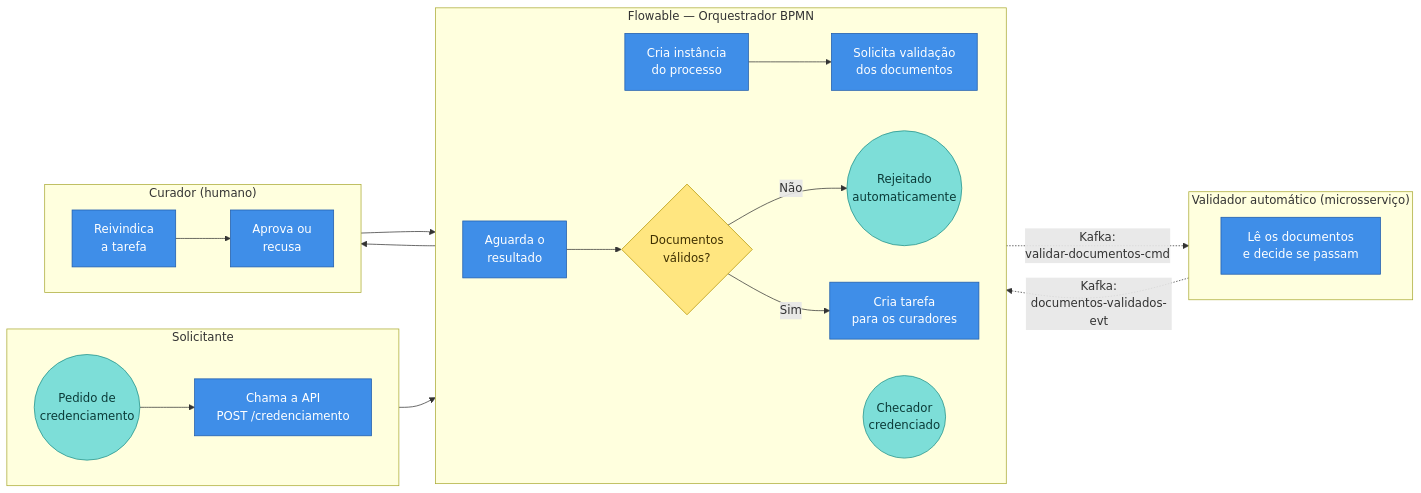
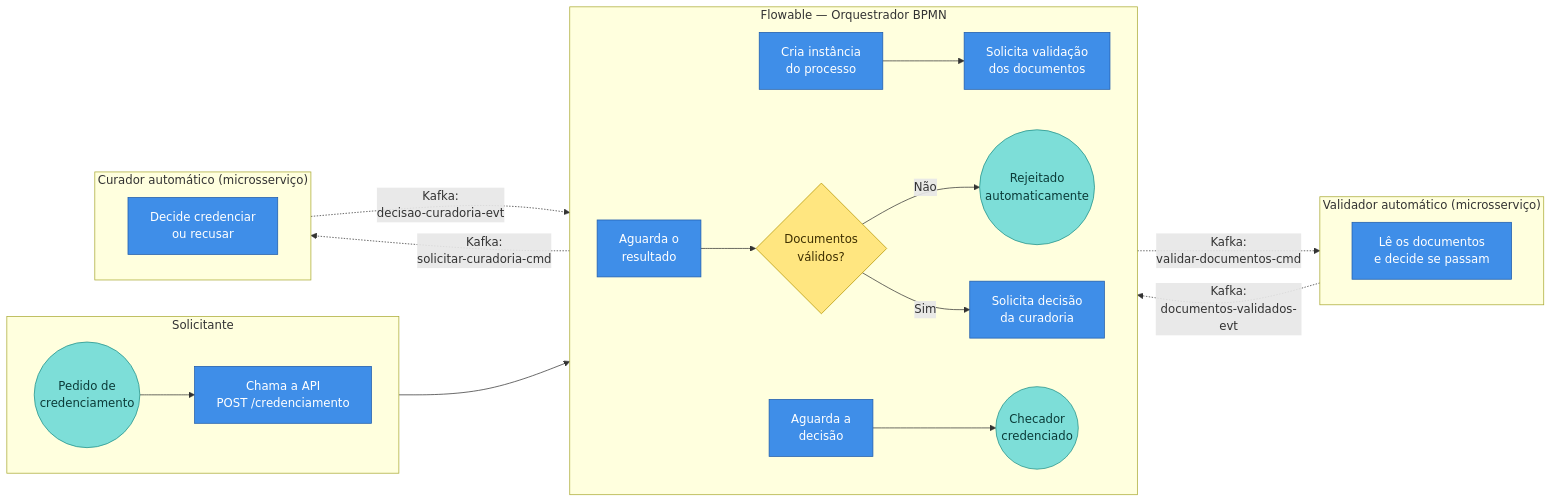
The diagram in FLUXO.md (Fernando-EngComputacao/daurora-action-first), drawn with Mermaid before and after one commit. The commit also changed other lines of this file and 13 other files, not shown here.

````diff
--- a/FLUXO.md
+++ b/FLUXO.md
@@ -5,41 +5,44 @@
 ```mermaid
 flowchart LR
     classDef inicio  fill:#7DDED8,stroke:#1F8E86,color:#0B3B38,stroke-width:1px
     classDef passo   fill:#3F8EE8,stroke:#1F5BAA,color:#FFFFFF,stroke-width:1px
     classDef decisao fill:#FFE680,stroke:#B49500,color:#3F3000,stroke-width:1px
 
     subgraph L1["Solicitante"]
         direction LR
         A((Pedido de<br/>credenciamento)):::inicio
         B[Chama a API<br/>POST /credenciamento]:::passo
     end
 
     subgraph L2["Flowable — Orquestrador BPMN"]
         direction LR
         C[Cria instância<br/>do processo]:::passo
         D[Solicita validação<br/>dos documentos]:::passo
         E[Aguarda o<br/>resultado]:::passo
         F{Documentos<br/>válidos?}:::decisao
-        G[Cria tarefa<br/>para os curadores]:::passo
+        G[Solicita decisão<br/>da curadoria]:::passo
+        M[Aguarda a<br/>decisão]:::passo
         H((Checador<br/>credenciado)):::inicio
         I((Rejeitado<br/>automaticamente)):::inicio
     end
 
     subgraph L3["Validador automático (microsserviço)"]
         direction LR
         J[Lê os documentos<br/>e decide se passam]:::passo
     end
 
-    subgraph L4["Curador (humano)"]
+    subgraph L4["Curador automático (microsserviço)"]
         direction LR
-        K[Reivindica<br/>a tarefa]:::passo
-        L[Aprova ou<br/>recusa]:::passo
+        N[Decide credenciar<br/>ou recusar]:::passo
     end
 
     A --> B --> C --> D
     D -. "Kafka:<br/>validar-documentos-cmd" .-> J
     J -. "Kafka:<br/>documentos-validados-evt" .-> E
     E --> F
     F -- Não  --> I
-    F -- Sim  --> G --> K --> L --> H
+    F -- Sim  --> G
+    G -. "Kafka:<br/>solicitar-curadoria-cmd" .-> N
+    N -. "Kafka:<br/>decisao-curadoria-evt" .-> M
+    M --> H
 ```
````
